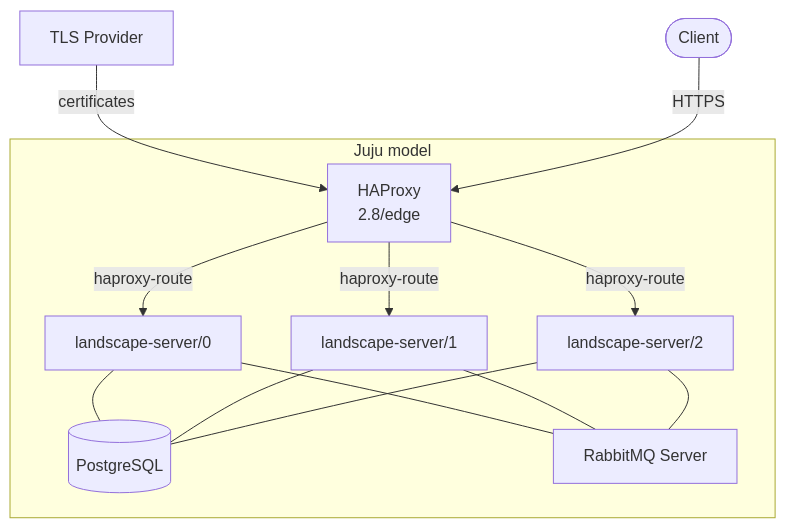
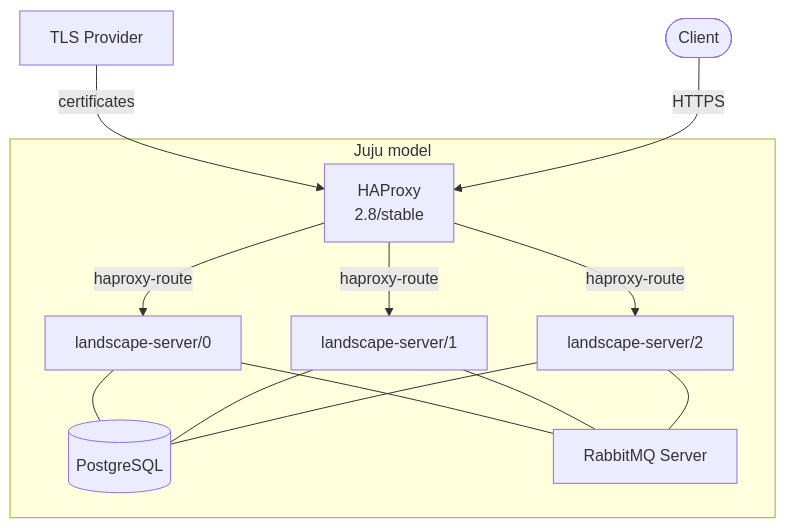
The diagram in docs/reuse/charm-ha-architecture-2604.md (canonical/landscape-documentation), drawn with Mermaid before and after one commit. The commit also changed 6 other files, not shown here.

````diff
--- a/docs/reuse/charm-ha-architecture-2604.md
+++ b/docs/reuse/charm-ha-architecture-2604.md
@@ -1,20 +1,20 @@
 ```{mermaid}
 flowchart TD
     Client([Client])
     TLS[TLS Provider]
     subgraph model[Juju model]
-        HAProxy["HAProxy<br/>2.8/edge"]
+        HAProxy["HAProxy<br/>2.8/stable"]
         LS0[landscape-server/0]
         LS1[landscape-server/1]
         LS2[landscape-server/2]
         PG[(PostgreSQL)]
         RMQ[RabbitMQ Server]
     end
     TLS -- certificates --> HAProxy
     Client -- HTTPS --> HAProxy
     HAProxy -- haproxy-route --> LS0
     HAProxy -- haproxy-route --> LS1
     HAProxy -- haproxy-route --> LS2
     LS0 & LS1 & LS2 --- PG
     LS0 & LS1 & LS2 --- RMQ
 ```
````
